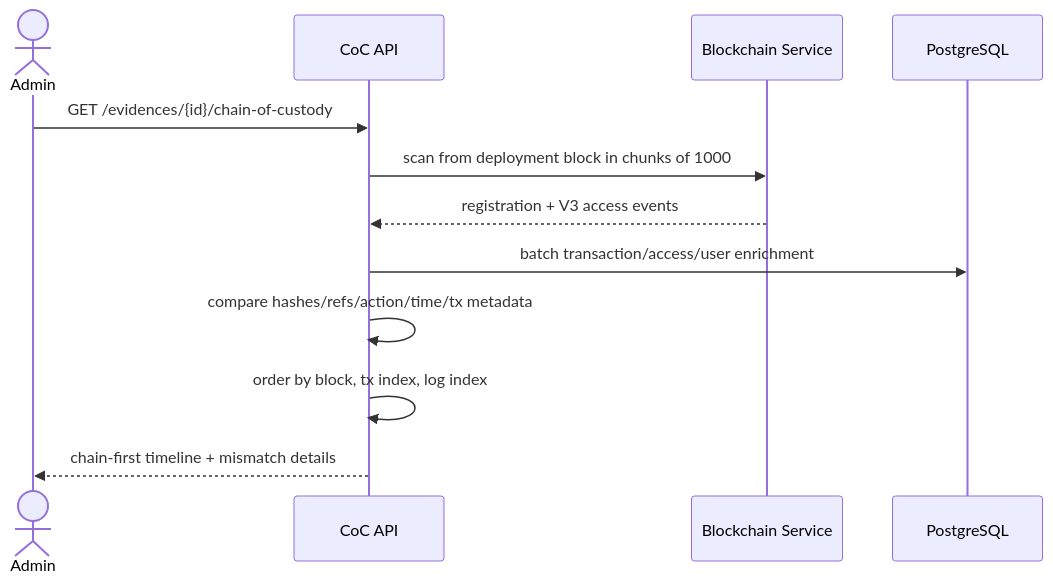
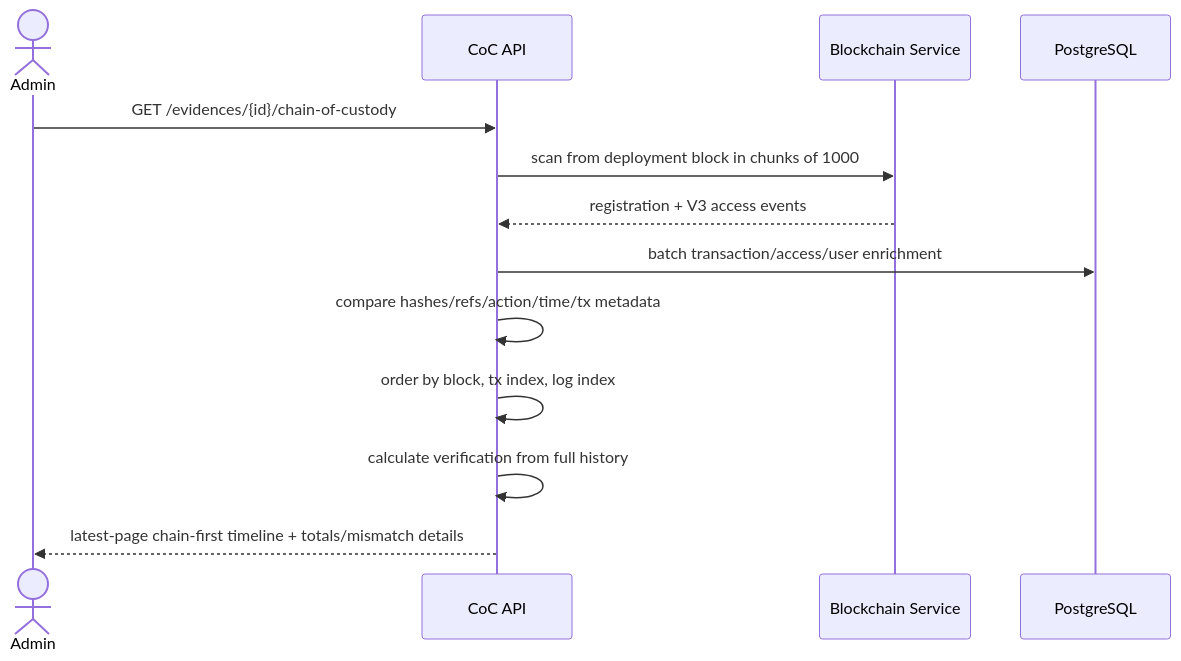
One commit to laziesv/CapstoneProject changed diagram 29 of 36 in docs/block/02-ARCHITECTURE-AND-FLOWS.md. Above: the diagram before and after it, drawn with Mermaid. The commit also changed other lines of this file and 10 other files, not shown here.

````diff
--- a/docs/block/02-ARCHITECTURE-AND-FLOWS.md
+++ b/docs/block/02-ARCHITECTURE-AND-FLOWS.md
@@ -579,14 +585,15 @@
 ```mermaid
 sequenceDiagram
   actor AD as Admin
   participant API as CoC API
   participant BC as Blockchain Service
   participant DB as PostgreSQL
   AD->>API: GET /evidences/{id}/chain-of-custody
   API->>BC: scan from deployment block in chunks of 1000
   BC-->>API: registration + V3 access events
   API->>DB: batch transaction/access/user enrichment
   API->>API: compare hashes/refs/action/time/tx metadata
   API->>API: order by block, tx index, log index
-  API-->>AD: chain-first timeline + mismatch details
+  API->>API: calculate verification from full history
+  API-->>AD: latest-page chain-first timeline + totals/mismatch details
 ```
````
